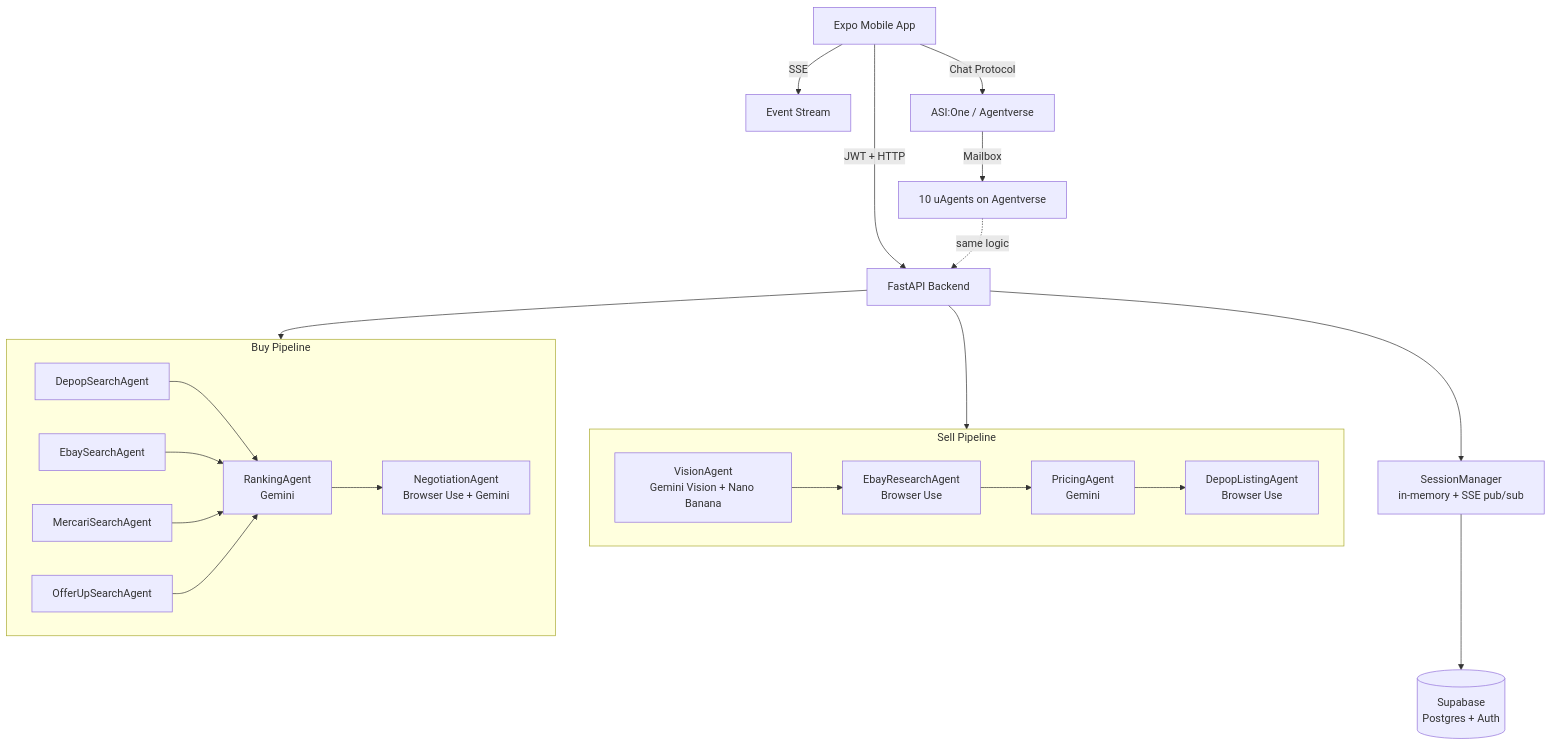
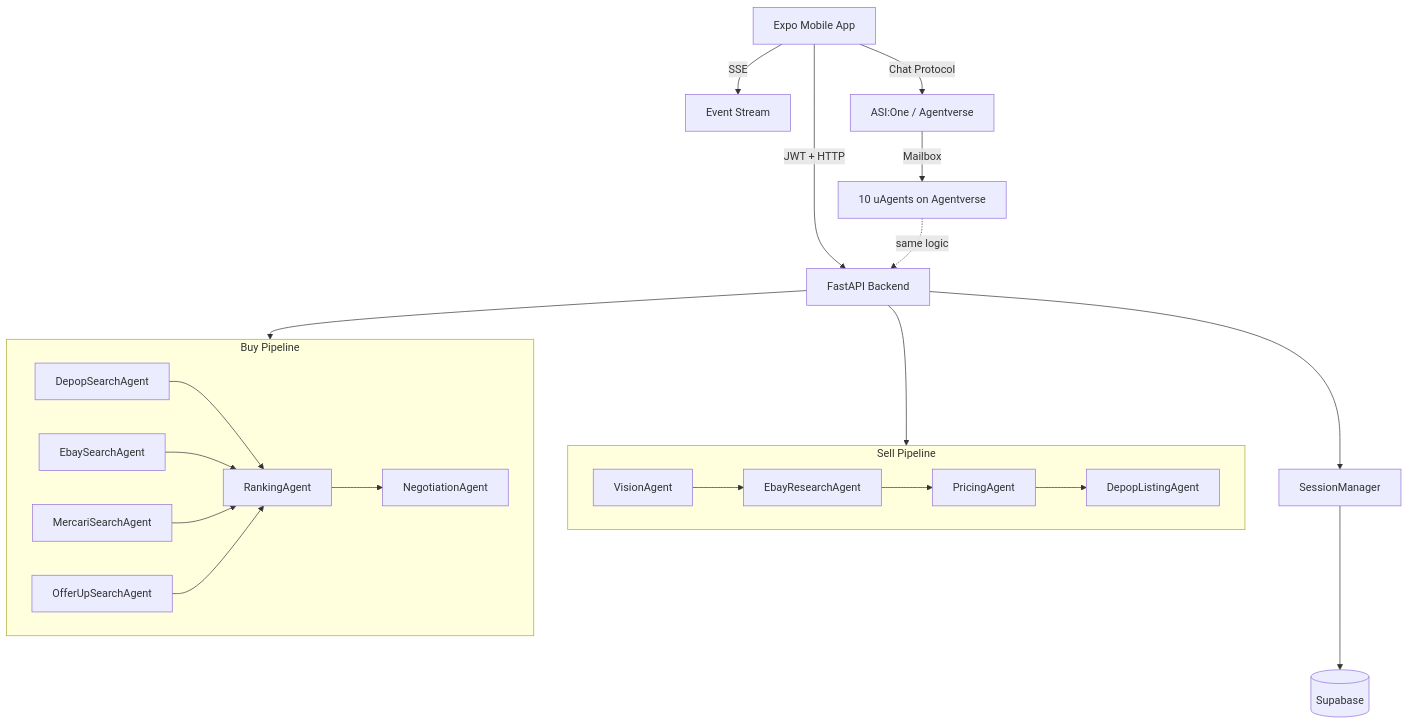
One commit to Jay-Thpr/FlipIt changed the diagram in README.md. Above: the diagram before and after it, drawn with Mermaid.

````diff
--- a/README.md
+++ b/README.md
@@ -116,31 +116,29 @@
 ```mermaid
 flowchart TD
     App[Expo Mobile App] -->|JWT + HTTP| API[FastAPI Backend]
     App -->|SSE| Stream[Event Stream]
     App -->|Chat Protocol| ASI[ASI:One / Agentverse]
 
     API --> SellPipeline
     API --> BuyPipeline
 
     subgraph SellPipeline [Sell Pipeline]
-        V[VisionAgent\nGemini Vision + Nano Banana]
-        V --> E[EbayResearchAgent\nBrowser Use]
-        E --> P[PricingAgent\nGemini]
-        P --> D[DepopListingAgent\nBrowser Use]
+        V[VisionAgent] --> E[EbayResearchAgent]
+        E --> P[PricingAgent]
+        P --> D[DepopListingAgent]
     end
 
     subgraph BuyPipeline [Buy Pipeline]
-        DS[DepopSearchAgent]
-        ES[EbaySearchAgent]
-        MS[MercariSearchAgent]
-        OS[OfferUpSearchAgent]
-        DS & ES & MS & OS --> R[RankingAgent\nGemini]
-        R --> N[NegotiationAgent\nBrowser Use + Gemini]
+        DS[DepopSearchAgent] --> R[RankingAgent]
+        ES[EbaySearchAgent] --> R
+        MS[MercariSearchAgent] --> R
+        OS[OfferUpSearchAgent] --> R
+        R --> N[NegotiationAgent]
     end
 
-    API --> SM[SessionManager\nin-memory + SSE pub/sub]
-    SM --> DB[(Supabase\nPostgres + Auth)]
+    API --> SM[SessionManager]
+    SM --> DB[(Supabase)]
 
     ASI -->|Mailbox| Agents[10 uAgents on Agentverse]
     Agents -.->|same logic| API
 ```
````
